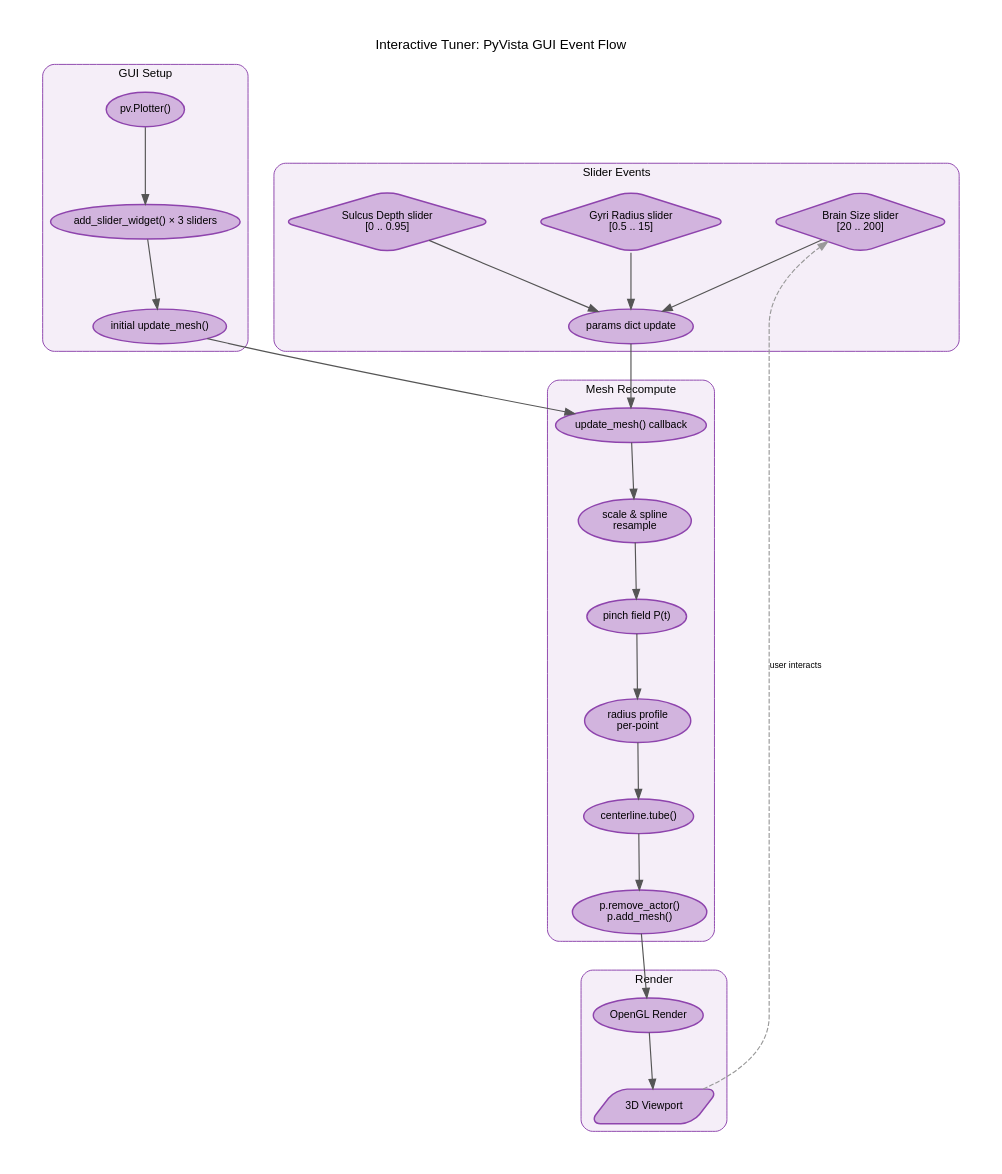
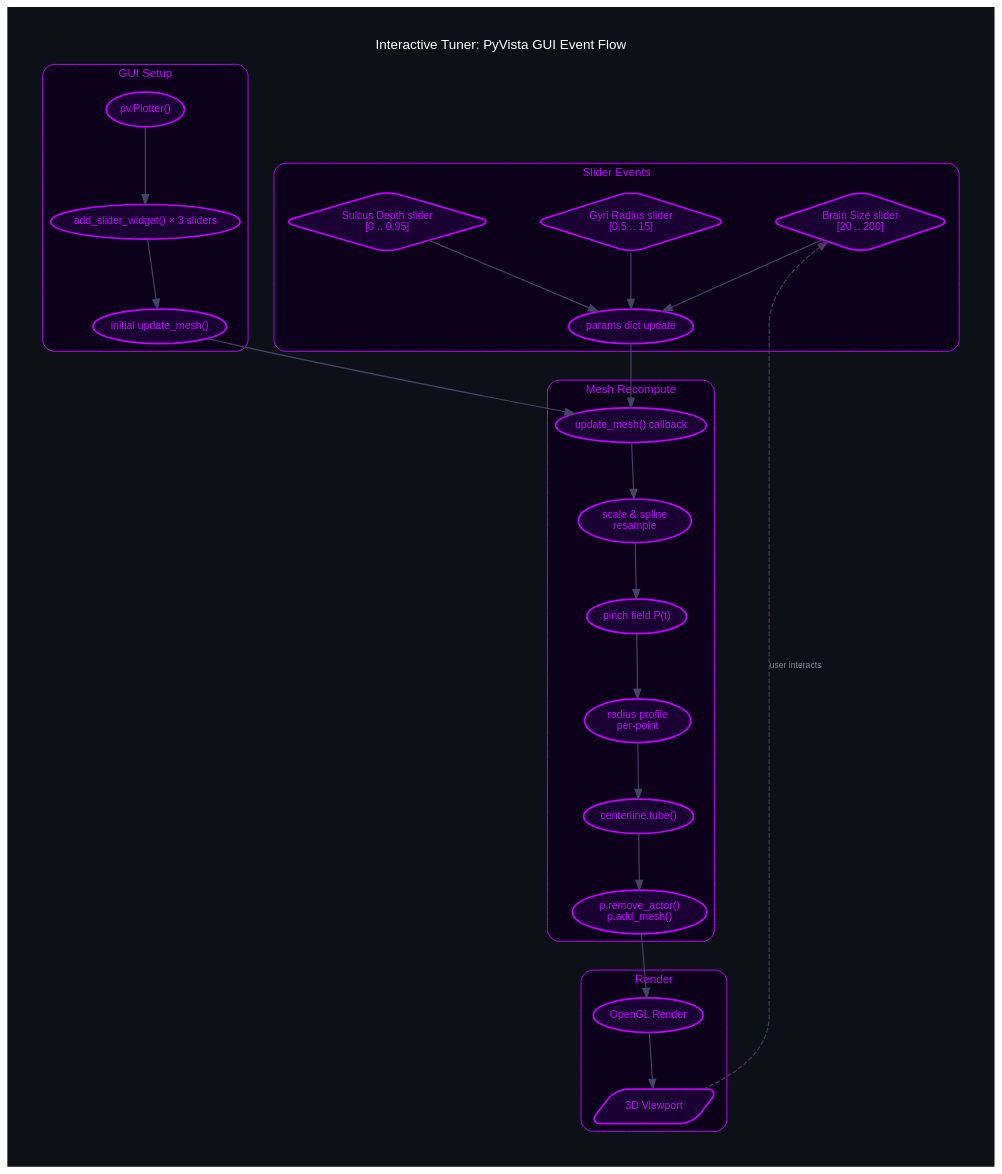
The diagram in docs/diagrams_25/06_user_interaction.dot (danindiana/hilbertbrane), drawn with Graphviz before and after one commit. The commit also changed 78 other files, not shown here.

```diff
--- a/docs/diagrams_25/06_user_interaction.dot
+++ b/docs/diagrams_25/06_user_interaction.dot
@@ -1,70 +1,71 @@
 digraph G {
     graph [
         fontname="Helvetica,Arial,sans-serif"
-        bgcolor="#ffffff"
+        bgcolor="#0d1117"
+        fontcolor="white"
         splines=spline
         nodesep=0.6
         ranksep=0.8
         pad=0.4
         labelloc="t"
         labeljust="c"
         fontsize=14
     ]
-    node [fontname="Helvetica,Arial,sans-serif" fontsize=11 style="filled,rounded" penwidth=1.5]
-    edge [fontname="Helvetica,Arial,sans-serif" fontsize=9 color="#555555" penwidth=1.2]
+    node [fontname="Helvetica,Arial,sans-serif" fontsize=11 style="filled,rounded" penwidth=1.8 fontcolor="white"]
+    edge [fontname="Helvetica,Arial,sans-serif" fontsize=9 color="#444466" penwidth=1.2 fontcolor="#aaaacc"]
     graph [label="Interactive Tuner: PyVista GUI Event Flow" rankdir="TB"]
 
     subgraph cluster_setup {
         label="GUI Setup"
-        style="filled,rounded" fillcolor="#F5EEF8" color="#8E44AD" fontsize=12
-        fontname="Helvetica,Arial,sans-serif"
+        style="filled,rounded" fillcolor="#0d001a" color="#bf00ff" fontsize=12
+        fontname="Helvetica,Arial,sans-serif" fontcolor="#bf00ff"
 
-        su1 [label="pv.Plotter()" fillcolor="#D2B4DE" color="#8E44AD"]
-        su2 [label="add_slider_widget() × 3 sliders" fillcolor="#D2B4DE" color="#8E44AD"]
-        su3 [label="initial update_mesh()" fillcolor="#D2B4DE" color="#8E44AD"]
+        su1 [label="pv.Plotter()" fillcolor="#1a0033" color="#bf00ff" fontcolor="#bf00ff"]
+        su2 [label="add_slider_widget() × 3 sliders" fillcolor="#1a0033" color="#bf00ff" fontcolor="#bf00ff"]
+        su3 [label="initial update_mesh()" fillcolor="#1a0033" color="#bf00ff" fontcolor="#bf00ff"]
         su1 -> su2 -> su3
     }
 
     subgraph cluster_sliders {
         label="Slider Events"
-        style="filled,rounded" fillcolor="#F5EEF8" color="#8E44AD" fontsize=12
-        fontname="Helvetica,Arial,sans-serif"
+        style="filled,rounded" fillcolor="#0d001a" color="#bf00ff" fontsize=12
+        fontname="Helvetica,Arial,sans-serif" fontcolor="#bf00ff"
 
-        sl1 [label="Brain Size slider\n[20 .. 200]" shape=diamond fillcolor="#D2B4DE" color="#8E44AD"]
-        sl2 [label="Gyri Radius slider\n[0.5 .. 15]" shape=diamond fillcolor="#D2B4DE" color="#8E44AD"]
-        sl3 [label="Sulcus Depth slider\n[0 .. 0.95]" shape=diamond fillcolor="#D2B4DE" color="#8E44AD"]
-        pd  [label="params dict update" fillcolor="#D2B4DE" color="#8E44AD"]
+        sl1 [label="Brain Size slider\n[20 .. 200]" shape=diamond fillcolor="#1a0033" color="#bf00ff" fontcolor="#bf00ff"]
+        sl2 [label="Gyri Radius slider\n[0.5 .. 15]" shape=diamond fillcolor="#1a0033" color="#bf00ff" fontcolor="#bf00ff"]
+        sl3 [label="Sulcus Depth slider\n[0 .. 0.95]" shape=diamond fillcolor="#1a0033" color="#bf00ff" fontcolor="#bf00ff"]
+        pd  [label="params dict update" fillcolor="#1a0033" color="#bf00ff" fontcolor="#bf00ff"]
         sl1 -> pd
         sl2 -> pd
         sl3 -> pd
     }
 
     subgraph cluster_recompute {
         label="Mesh Recompute"
-        style="filled,rounded" fillcolor="#F5EEF8" color="#8E44AD" fontsize=12
-        fontname="Helvetica,Arial,sans-serif"
+        style="filled,rounded" fillcolor="#0d001a" color="#bf00ff" fontsize=12
+        fontname="Helvetica,Arial,sans-serif" fontcolor="#bf00ff"
 
-        m1 [label="update_mesh() callback" fillcolor="#D2B4DE" color="#8E44AD"]
-        m2 [label="scale & spline\nresample" fillcolor="#D2B4DE" color="#8E44AD"]
-        m3 [label="pinch field P(t)" fillcolor="#D2B4DE" color="#8E44AD"]
-        m4 [label="radius profile\nper-point" fillcolor="#D2B4DE" color="#8E44AD"]
-        m5 [label="centerline.tube()" fillcolor="#D2B4DE" color="#8E44AD"]
-        m6 [label="p.remove_actor()\np.add_mesh()" fillcolor="#D2B4DE" color="#8E44AD"]
+        m1 [label="update_mesh() callback" fillcolor="#1a0033" color="#bf00ff" fontcolor="#bf00ff"]
+        m2 [label="scale & spline\nresample" fillcolor="#1a0033" color="#bf00ff" fontcolor="#bf00ff"]
+        m3 [label="pinch field P(t)" fillcolor="#1a0033" color="#bf00ff" fontcolor="#bf00ff"]
+        m4 [label="radius profile\nper-point" fillcolor="#1a0033" color="#bf00ff" fontcolor="#bf00ff"]
+        m5 [label="centerline.tube()" fillcolor="#1a0033" color="#bf00ff" fontcolor="#bf00ff"]
+        m6 [label="p.remove_actor()\np.add_mesh()" fillcolor="#1a0033" color="#bf00ff" fontcolor="#bf00ff"]
         m1 -> m2 -> m3 -> m4 -> m5 -> m6
     }
 
     subgraph cluster_render {
         label="Render"
-        style="filled,rounded" fillcolor="#F5EEF8" color="#8E44AD" fontsize=12
-        fontname="Helvetica,Arial,sans-serif"
+        style="filled,rounded" fillcolor="#0d001a" color="#bf00ff" fontsize=12
+        fontname="Helvetica,Arial,sans-serif" fontcolor="#bf00ff"
 
-        rv [label="OpenGL Render" shape=ellipse fillcolor="#D2B4DE" color="#8E44AD"]
-        disp [label="3D Viewport" shape=parallelogram fillcolor="#D2B4DE" color="#8E44AD"]
+        rv [label="OpenGL Render" shape=ellipse fillcolor="#1a0033" color="#bf00ff" fontcolor="#bf00ff"]
+        disp [label="3D Viewport" shape=parallelogram fillcolor="#1a0033" color="#bf00ff" fontcolor="#bf00ff"]
         rv -> disp
     }
 
     su3 -> m1
     pd -> m1
     m6 -> rv
-    disp -> sl1 [label="user interacts" style=dashed color="#999999"]
+    disp -> sl1 [label="user interacts" style=dashed color="#553366" fontcolor="#888899"]
 }
```
